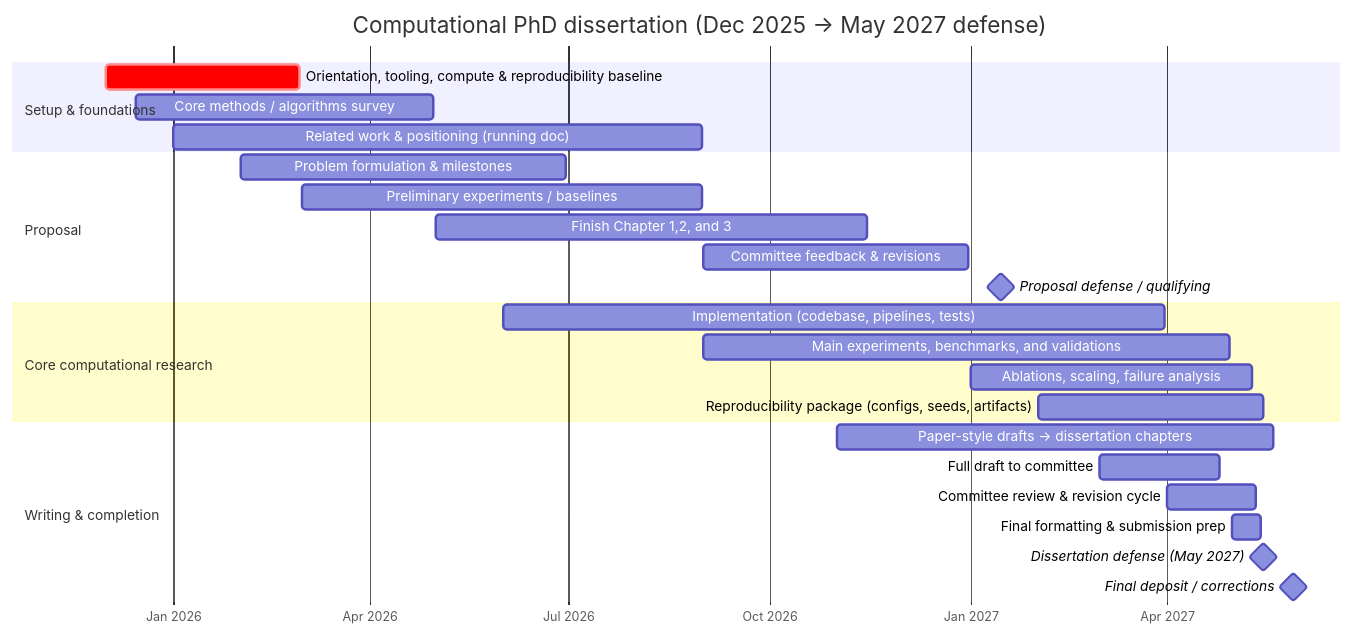
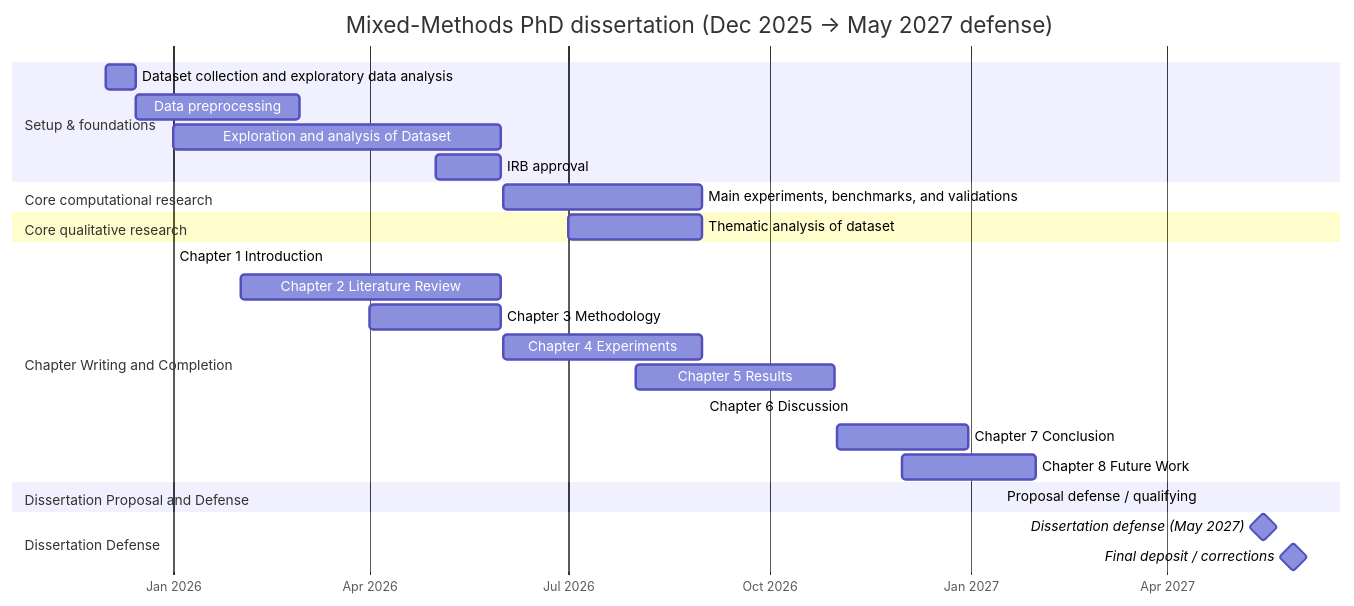
The diagram in README.md (romxero/phd_research_project), drawn with Mermaid before and after one commit. The commit also changed other lines of this file, not shown here.

````diff
--- a/README.md
+++ b/README.md
@@ -23,32 +23,36 @@
 ```mermaid
 gantt
-    title Computational PhD dissertation (Dec 2025 → May 2027 defense)
+
+    title Mixed-Methods PhD dissertation (Dec 2025 → May 2027 defense)
     dateFormat  YYYY-MM-DD
     axisFormat  %b %Y
 
     section Setup & foundations
-    Orientation, tooling, compute & reproducibility baseline :crit, setup, 2025-12-01, 2026-02-28
-    Core methods / algorithms survey                       :methods, 2025-12-15, 2026-04-30
-    Related work & positioning (running doc)             :related, 2026-01-01, 2026-08-31
-
-    section Proposal
-    Problem formulation & milestones                     :prob, 2026-02-01, 2026-06-30
-    Preliminary experiments / baselines                  :prelim, 2026-03-01, 2026-08-31
-    Finish Chapter 1,2, and 3                            :propwrite, 2026-05-01, 2026-11-15
-    Committee feedback & revisions                       :proprev, 2026-09-01, 2026-12-31
-    Proposal defense / qualifying                        :milestone, propdef, 2027-01-15, 0d
+    Dataset collection and exploratory data analysis    :edadata, 2025-12-01, 2025-12-15
+    Data preprocessing                       :preprocess, 2025-12-15, 2026-02-28
+    Exploration and analysis of Dataset             :explore, 2026-01-01, 2026-05-31
+    IRB approval                                  :irb, 2026-05-01, 2026-05-31
 
     section Core computational research
-    Implementation (codebase, pipelines, tests)          :impl, 2026-06-01, 2027-03-31
-    Main experiments, benchmarks, and validations   :exps, 2026-09-01, 2027-04-30
-    Ablations, scaling, failure analysis                 :ablate, 2027-01-01, 2027-05-10
-    Reproducibility package (configs, seeds, artifacts)  :repro, 2027-02-01, 2027-05-15
+    Main experiments, benchmarks, and validations   :exps, 2026-06-01, 2026-08-31
 
-    section Writing & completion
-    Paper-style drafts → dissertation chapters           :papers, 2026-11-01, 2027-05-20
-    Full draft to committee                              :fulldraft, 2027-03-01, 2027-04-25
-    Committee review & revision cycle                    :rev, 2027-04-01, 2027-05-12
-    Final formatting & submission prep                   :final, 2027-05-01, 2027-05-14
+    section Core qualitative research
+    Thematic analysis of dataset   :thematicanalysis, 2026-07-01, 2026-08-31
+    
+    section Chapter Writing and Completion
+    Chapter 1 Introduction  :chap1, 2026-01-01, 2026-04-31
+    Chapter 2 Literature Review   :chap2, 2026-02-01, 2026-05-31
+    Chapter 3 Methodology   :chap3, 2026-04-01, 2026-05-31
+    Chapter 4 Experiments   :chap4, 2026-06-01, 2026-08-31
+    Chapter 5 Results   :chap5, 2026-08-01, 2026-10-31
+    Chapter 6 Discussion   :chap6, 2026-09-01, 2026-11-31
+    Chapter 7 Conclusion   :chap7, 2026-11-01, 2026-12-31
+    Chapter 8 Future Work   :chap8, 2026-12-01, 2027-01-31
+
+    section Dissertation Proposal and Defense 
+    Proposal defense / qualifying                        :crit, propdef, 2027-01-15, 0d
+
+    section Dissertation Defense 
     Dissertation defense (May 2027)                      :milestone, defense, 2027-05-15, 0d
     Final deposit / corrections                          :milestone, deposit, 2027-05-29, 0d
 ```
````
